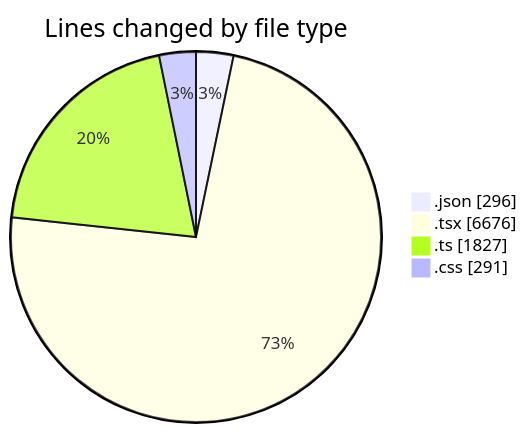
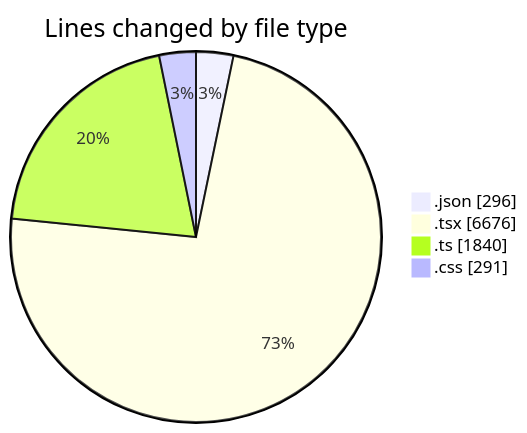
Before and after one commit to julien-gomy/code-tracking: the first of 2 diagrams in 2025-10-07/eventscop-frontend-guide__workspace_/README.md, drawn with Mermaid. The commit also changed other lines of this file and 1 other file, not shown here.

````diff
--- a/2025-10-07/eventscop-frontend-guide__workspace_/README.md
+++ b/2025-10-07/eventscop-frontend-guide__workspace_/README.md
@@ -69,8 +69,8 @@
 ```mermaid
 pie showData
 title Lines changed by file type
 ".json" : 296
 ".tsx" : 6676
-".ts" : 1827
+".ts" : 1840
 ".css" : 291
 ```
````
